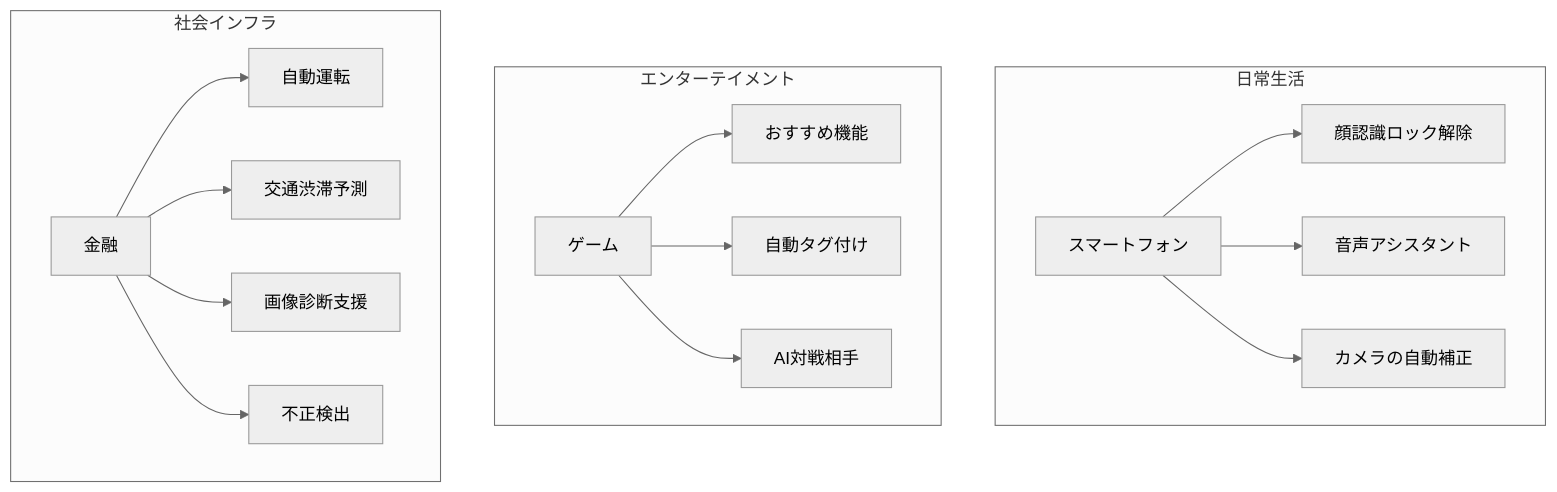
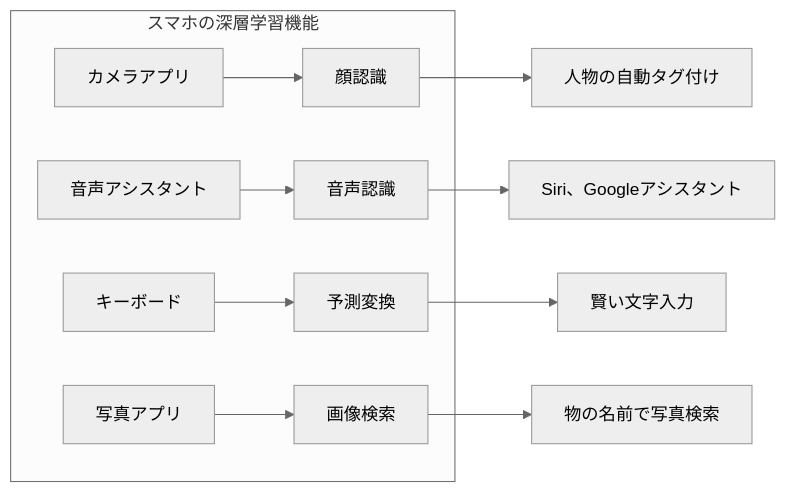
Before and after one commit to SparklingDetergent/doc_genai_mental_model: diagram 14 of 28 in AI/DeepLearning/README.MD, drawn with Mermaid (neutral theme). The commit also changed other lines of this file, not shown here.

````diff
--- a/AI/DeepLearning/README.MD
+++ b/AI/DeepLearning/README.MD
@@ -294,21 +524,14 @@
 ```mermaid
-graph TD
-    subgraph "日常生活"
-        A[スマートフォン] --> A1[顔認識ロック解除]
-        A --> A2[音声アシスタント]
-        A --> A3[カメラの自動補正]
+graph LR
+    subgraph "スマホの深層学習機能"
+        Camera[カメラアプリ] --> Face[顔認識]
+        Voice[音声アシスタント] --> Speech[音声認識]
+        Keyboard[キーボード] --> Predict[予測変換]
+        Photo[写真アプリ] --> Search[画像検索]
     end
     
-    subgraph "エンターテイメント"
-        B[動画配信] --> B1[おすすめ機能]
-        B[SNS] --> B2[自動タグ付け]
-        B[ゲーム] --> B3[AI対戦相手]
-    end
-    
-    subgraph "社会インフラ"
-        C[交通] --> C1[自動運転]
-        C --> C2[交通渋滞予測]
-        C[医療] --> C3[画像診断支援]
-        C[金融] --> C4[不正検出]
-    end
+    Face --> Example1[人物の自動タグ付け]
+    Speech --> Example2[Siri、Googleアシスタント]
+    Predict --> Example3[賢い文字入力]
+    Search --> Example4[物の名前で写真検索]
 ```
````
